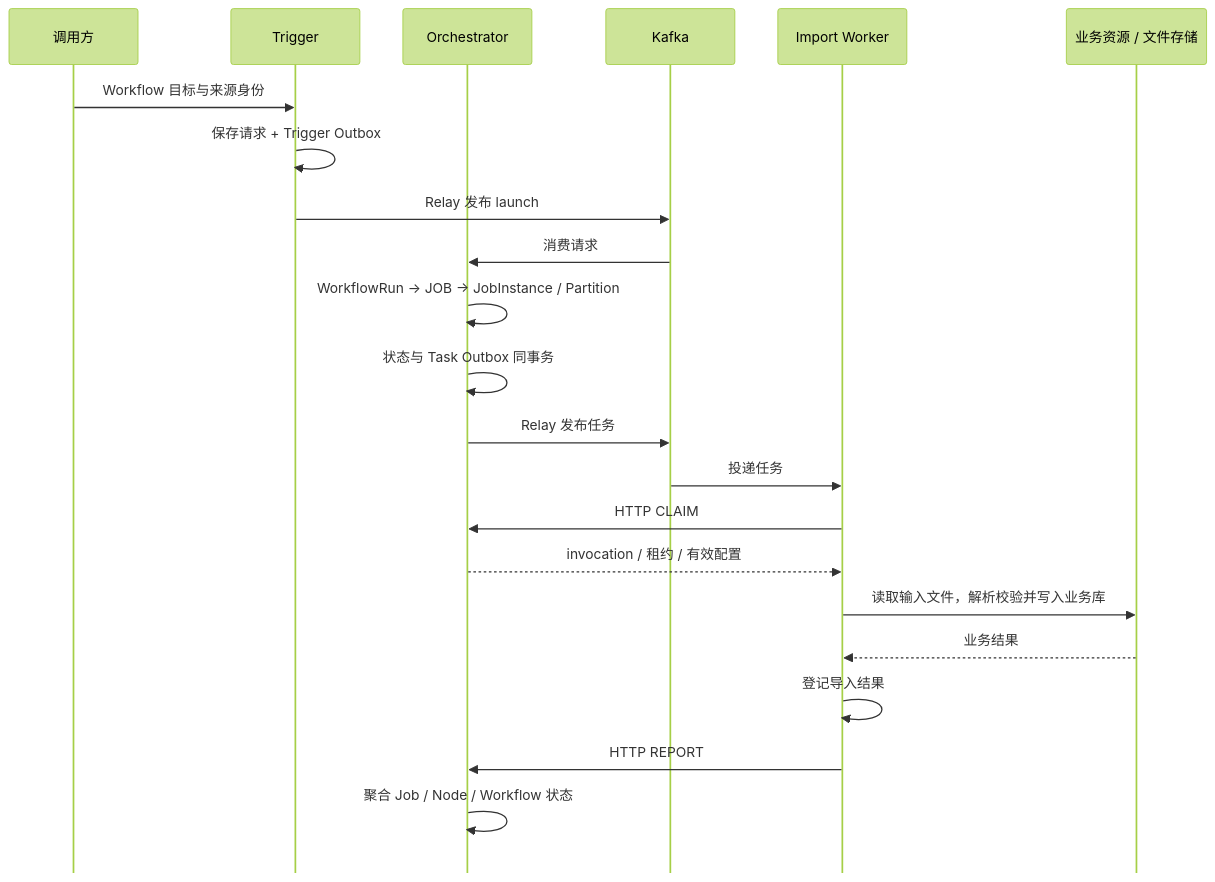
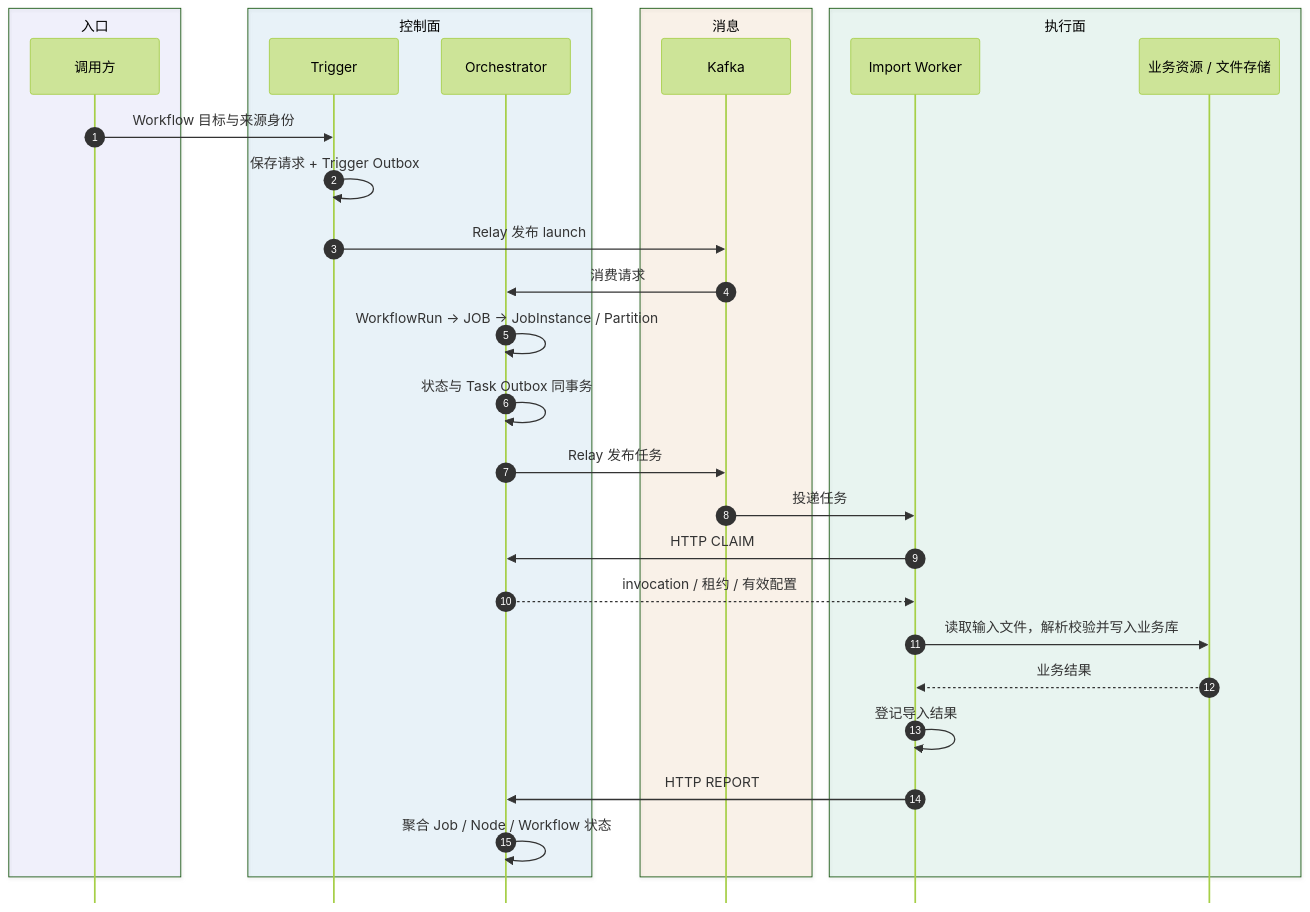
Diagram 16 of 23 in docs/architecture/system-flow-overview.md (pinpols/file-batch-system), drawn with Mermaid (forest theme) before and after one commit. The commit also changed other lines of this file and 11 other files, not shown here.

First line of the commit message:
docs(diagram): P2 文档图按图例统一并按源码核对状态机 (#1383)

````diff
--- a/docs/architecture/system-flow-overview.md
+++ b/docs/architecture/system-flow-overview.md
@@ -535,25 +558,34 @@
 ```mermaid
 %%{init: {"flowchart":{"curve":"linear","nodeSpacing":32,"rankSpacing":48},"sequence":{"mirrorActors":false}}}%%
 sequenceDiagram
-  participant C as 调用方
-  participant T as Trigger
-  participant O as Orchestrator
-  participant K as Kafka
-  participant W as Import Worker
-  participant B as 业务资源 / 文件存储
+  autonumber
+  box rgba(99,102,241,0.08) 入口
+    participant C as 调用方
+  end
+  box rgba(2,132,199,0.08) 控制面
+    participant T as Trigger
+    participant O as Orchestrator
+  end
+  box rgba(217,119,6,0.08) 消息
+    participant K as Kafka
+  end
+  box rgba(5,150,105,0.08) 执行面
+    participant W as Import Worker
+    participant B as 业务资源 / 文件存储
+  end
   C->>T: Workflow 目标与来源身份
   T->>T: 保存请求 + Trigger Outbox
   T->>K: Relay 发布 launch
   K->>O: 消费请求
   O->>O: WorkflowRun → JOB → JobInstance / Partition
   O->>O: 状态与 Task Outbox 同事务
   O->>K: Relay 发布任务
   K->>W: 投递任务
   W->>O: HTTP CLAIM
   O-->>W: invocation / 租约 / 有效配置
   W->>B: 读取输入文件，解析校验并写入业务库
   B-->>W: 业务结果
   W->>W: 登记导入结果
   W->>O: HTTP REPORT
   O->>O: 聚合 Job / Node / Workflow 状态
 ```
````
